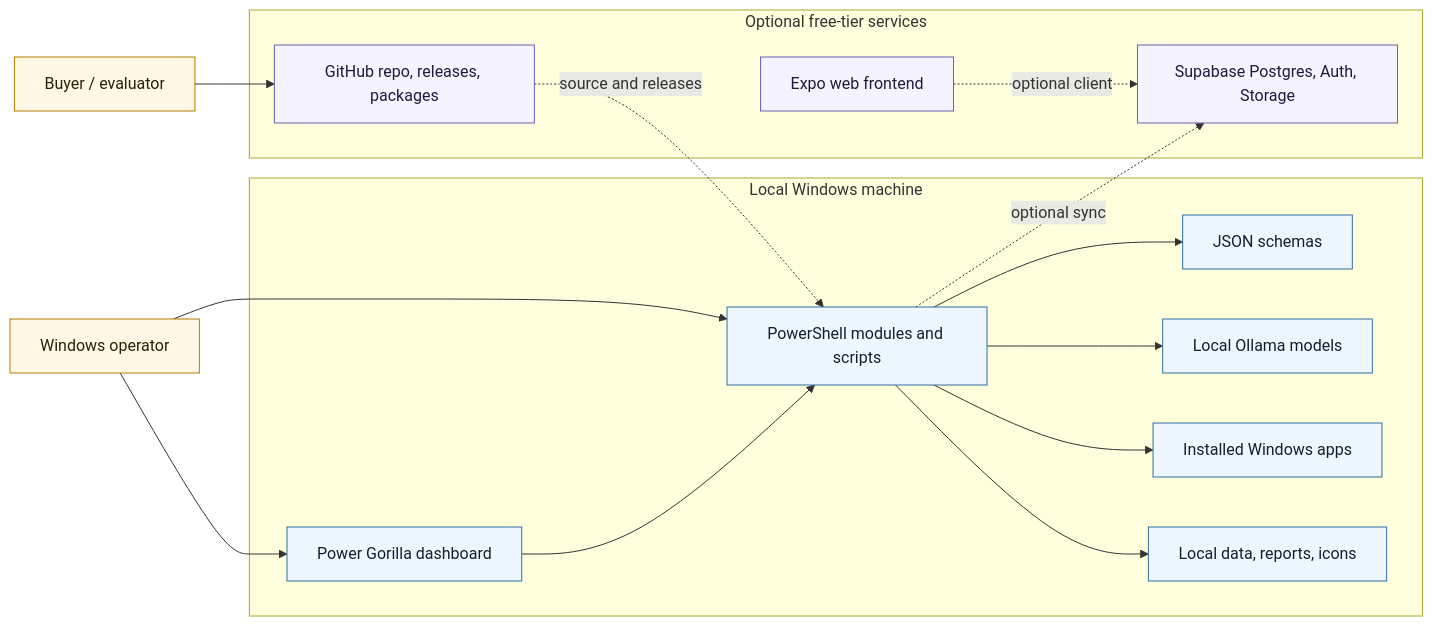
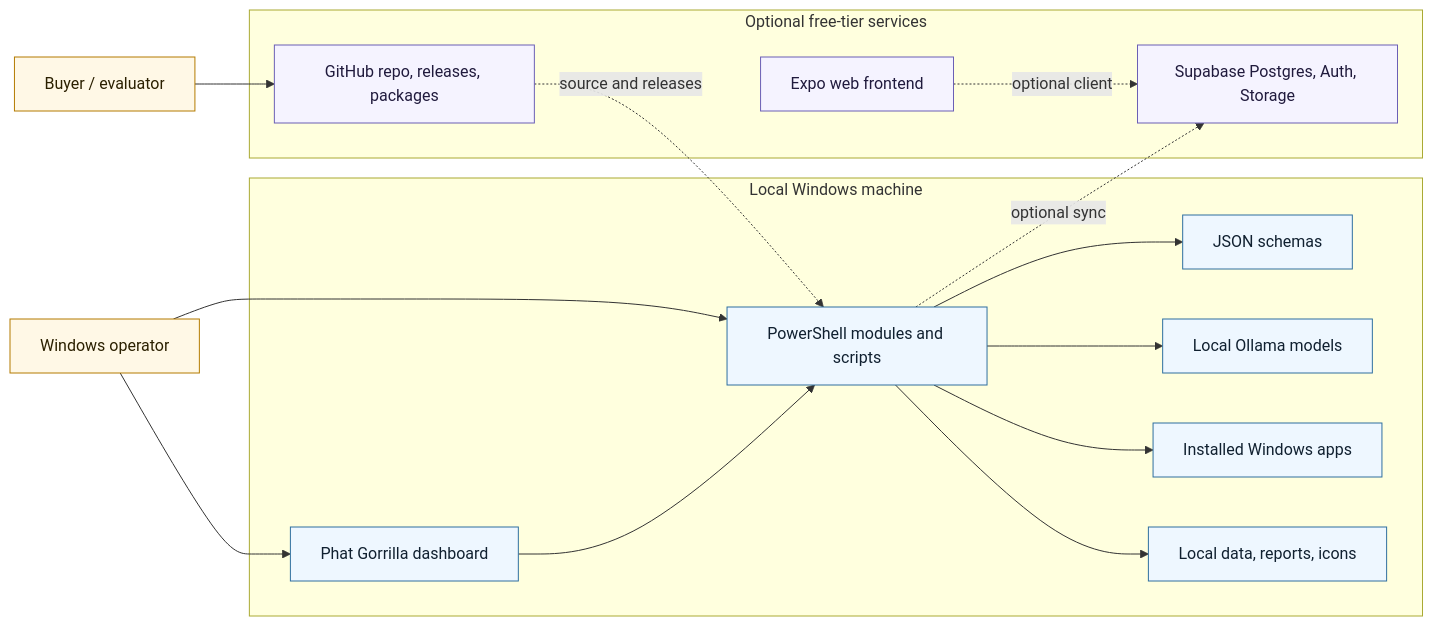
Before and after one commit to kristy4nug-png/PowerGorilla: the first of 6 diagrams in PowerGorilla/docs/ARCHITECTURE_VISUALS.md, drawn with Mermaid. The commit also changed other lines of this file and 75 other files, not shown here.

Commit message:
Rebrand app to Phat Gorrilla

````diff
--- a/PowerGorilla/docs/ARCHITECTURE_VISUALS.md
+++ b/PowerGorilla/docs/ARCHITECTURE_VISUALS.md
@@ -7,39 +7,39 @@
 ```mermaid
 flowchart LR
     user["Windows operator"]
     buyer["Buyer / evaluator"]
 
     subgraph local["Local Windows machine"]
-        dashboard["Power Gorilla dashboard"]
+        dashboard["Phat Gorrilla dashboard"]
         ps["PowerShell modules and scripts"]
         schemas["JSON schemas"]
         ollama["Local Ollama models"]
         apps["Installed Windows apps"]
         state["Local data, reports, icons"]
     end
 
     subgraph optional["Optional free-tier services"]
         supabase["Supabase Postgres, Auth, Storage"]
         github["GitHub repo, releases, packages"]
         frontend["Expo web frontend"]
     end
 
     user --> dashboard
     user --> ps
     buyer --> github
     dashboard --> ps
     ps --> schemas
     ps --> ollama
     ps --> apps
     ps --> state
     ps -. optional sync .-> supabase
     frontend -. optional client .-> supabase
     github -. source and releases .-> ps
 
     classDef localNode fill:#eef7ff,stroke:#2f6f9f,color:#102030;
     classDef optionalNode fill:#f5f3ff,stroke:#6b5fb5,color:#201a3d;
     classDef actorNode fill:#fff8e6,stroke:#b47b00,color:#2b2000;
     class dashboard,ps,schemas,ollama,apps,state localNode;
     class supabase,github,frontend optionalNode;
     class user,buyer actorNode;
 ```
````
